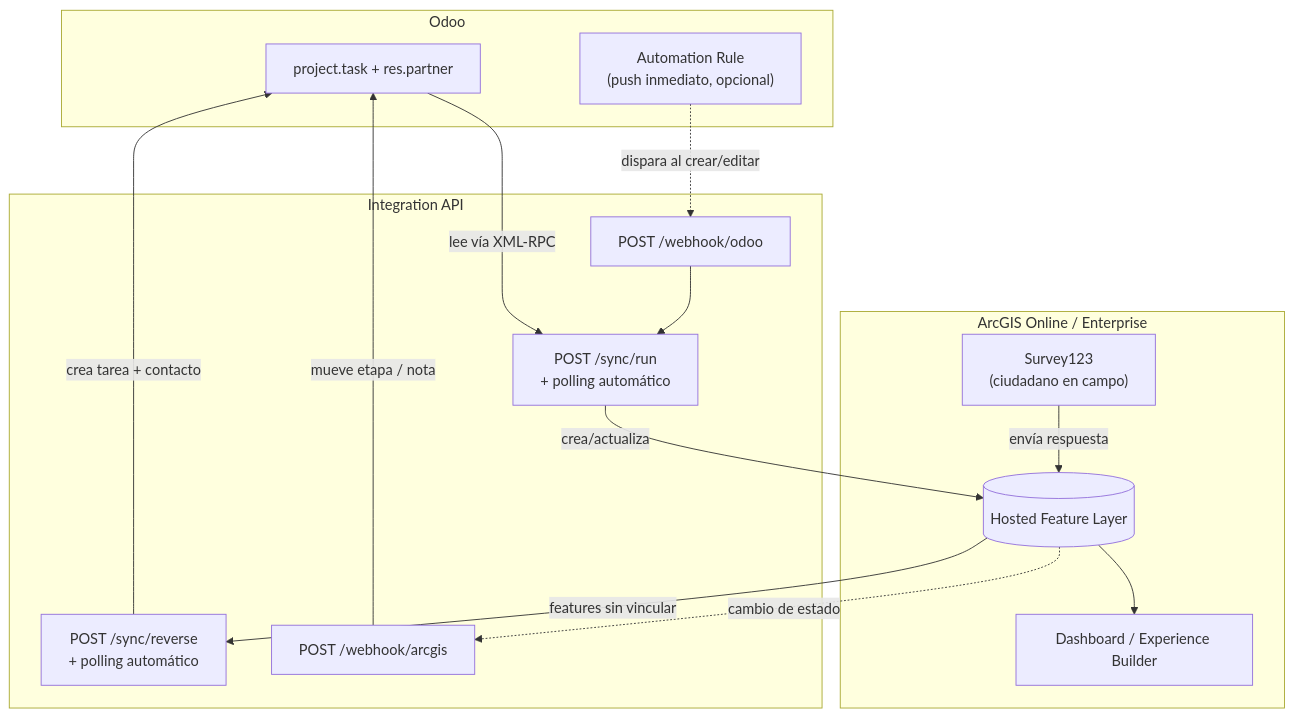
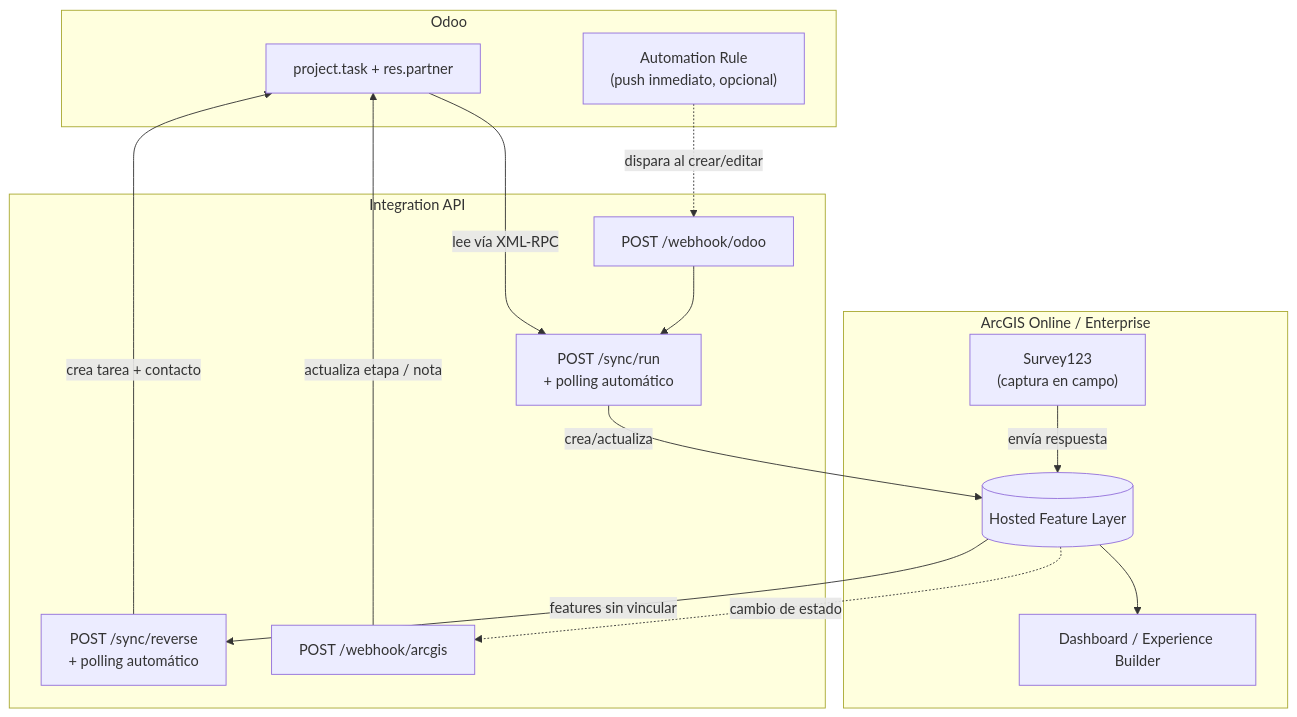
Before and after one commit to osbonilla/IntegracionOdooArcGIS: the first of 3 diagrams in README.md, drawn with Mermaid. The commit also changed other lines of this file, not shown here.

````diff
--- a/README.md
+++ b/README.md
@@ -46,34 +40,36 @@
 ```mermaid
 flowchart TD
     subgraph ODOO["Odoo"]
         TASK["project.task + res.partner"]
         AUTO["Automation Rule<br/>(push inmediato, opcional)"]
     end
 
     subgraph API["Integration API"]
         SYNCFWD["POST /sync/run<br/>+ polling automático"]
         SYNCREV["POST /sync/reverse<br/>+ polling automático"]
         WHARCGIS["POST /webhook/arcgis"]
         WHODOO["POST /webhook/odoo"]
     end
 
     subgraph ARCGIS["ArcGIS Online / Enterprise"]
         LAYER[("Hosted Feature Layer")]
-        SURVEY["Survey123<br/>(ciudadano en campo)"]
+        SURVEY["Survey123<br/>(captura en campo)"]
         DASH["Dashboard / Experience Builder"]
     end
 
     TASK -->|lee vía XML-RPC| SYNCFWD
     SYNCFWD -->|crea/actualiza| LAYER
+
     AUTO -.->|dispara al crear/editar| WHODOO
     WHODOO --> SYNCFWD
 
     LAYER -->|features sin vincular| SYNCREV
     SYNCREV -->|crea tarea + contacto| TASK
+
     SURVEY -->|envía respuesta| LAYER
 
     LAYER -.->|cambio de estado| WHARCGIS
-    WHARCGIS -->|mueve etapa / nota| TASK
+    WHARCGIS -->|actualiza etapa / nota| TASK
 
     LAYER --> DASH
 ```
````
